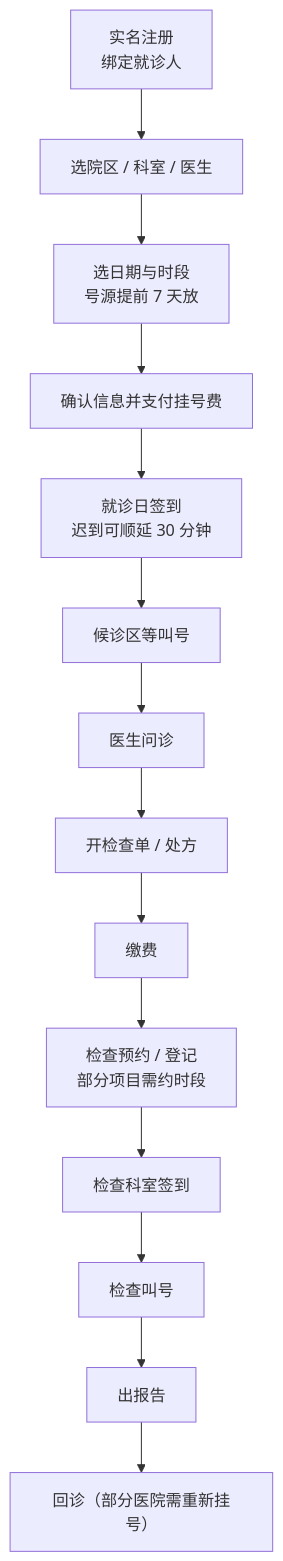
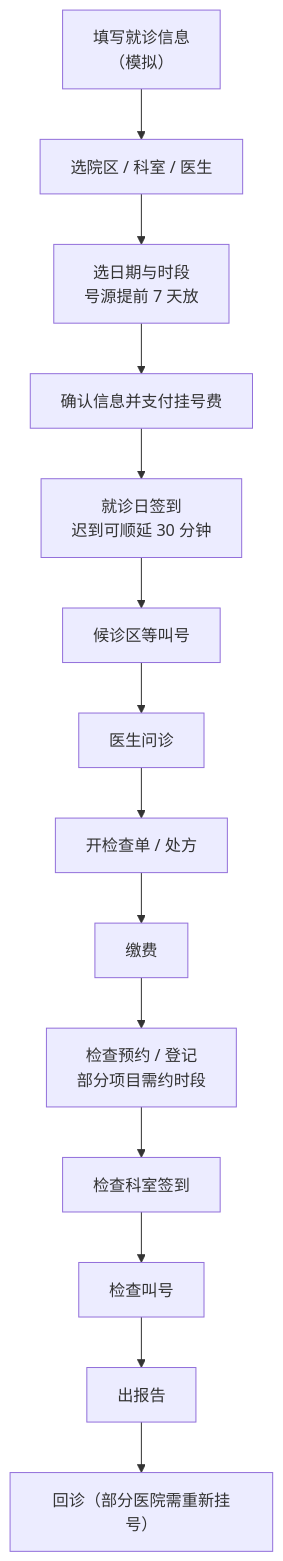
The first of 4 diagrams in docs/挂号逻辑对比与改造建议.md (fore-blip/exam-scheduler), drawn with Mermaid before and after one commit. The commit also changed other lines of this file, not shown here.

````diff
--- a/docs/挂号逻辑对比与改造建议.md
+++ b/docs/挂号逻辑对比与改造建议.md
@@ -16,16 +16,16 @@
 ```mermaid
 flowchart TD
-    A["实名注册<br/>绑定就诊人"] --> B["选院区 / 科室 / 医生"]
+    A["填写就诊信息<br/>（模拟）"] --> B["选院区 / 科室 / 医生"]
     B --> C["选日期与时段<br/>号源提前 7 天放"]
     C --> D["确认信息并支付挂号费"]
     D --> E["就诊日签到<br/>迟到可顺延 30 分钟"]
     E --> F["候诊区等叫号"]
     F --> G["医生问诊"]
     G --> H["开检查单 / 处方"]
     H --> I["缴费"]
     I --> J["检查预约 / 登记<br/>部分项目需约时段"]
     J --> K["检查科室签到"]
     K --> L["检查叫号"]
     L --> M["出报告"]
     M --> N["回诊（部分医院需重新挂号）"]
 ```
````
